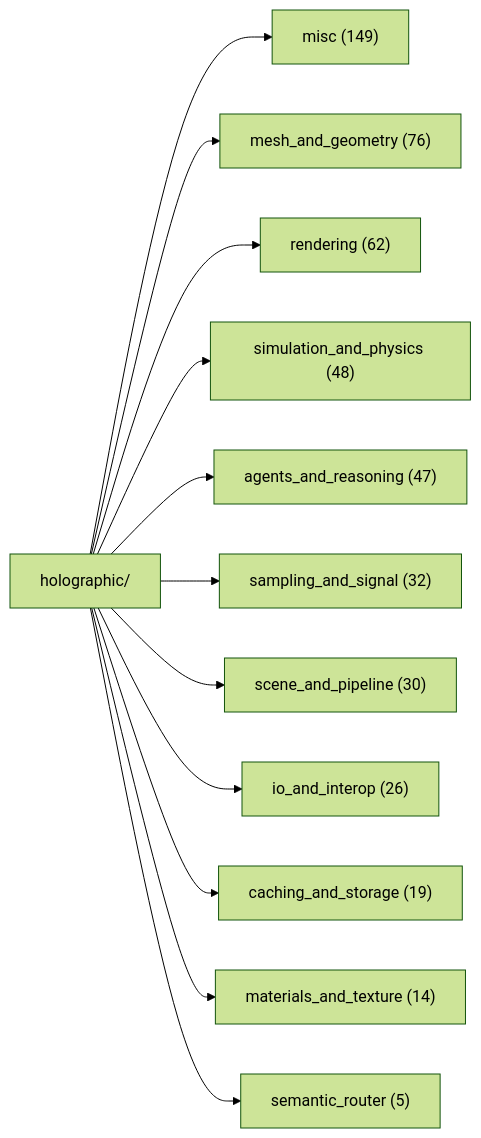
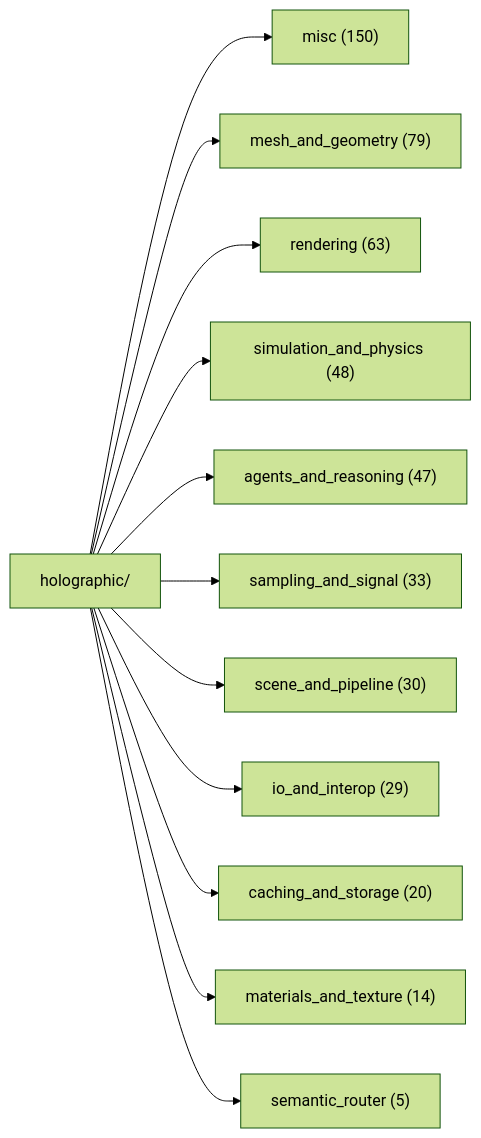
The first of 2 diagrams in docs/DOC_MAP.md (AnOversizedMooseWithSocks/leCore), drawn with Mermaid (forest theme) before and after one commit. The commit also changed other lines of this file and 73 other files, not shown here.

````diff
--- a/docs/DOC_MAP.md
+++ b/docs/DOC_MAP.md
@@ -35,15 +35,15 @@
 ```mermaid
 graph LR
     H[holographic/]
-    H --> misc["misc (149)"]
-    H --> mesh["mesh_and_geometry (76)"]
-    H --> rend["rendering (62)"]
+    H --> misc["misc (150)"]
+    H --> mesh["mesh_and_geometry (79)"]
+    H --> rend["rendering (63)"]
     H --> simu["simulation_and_physics (48)"]
     H --> agen["agents_and_reasoning (47)"]
-    H --> samp["sampling_and_signal (32)"]
+    H --> samp["sampling_and_signal (33)"]
     H --> scen["scene_and_pipeline (30)"]
-    H --> io_a["io_and_interop (26)"]
-    H --> cach["caching_and_storage (19)"]
+    H --> io_a["io_and_interop (29)"]
+    H --> cach["caching_and_storage (20)"]
     H --> mate["materials_and_texture (14)"]
     H --> sema["semantic_router (5)"]
 ```
````
